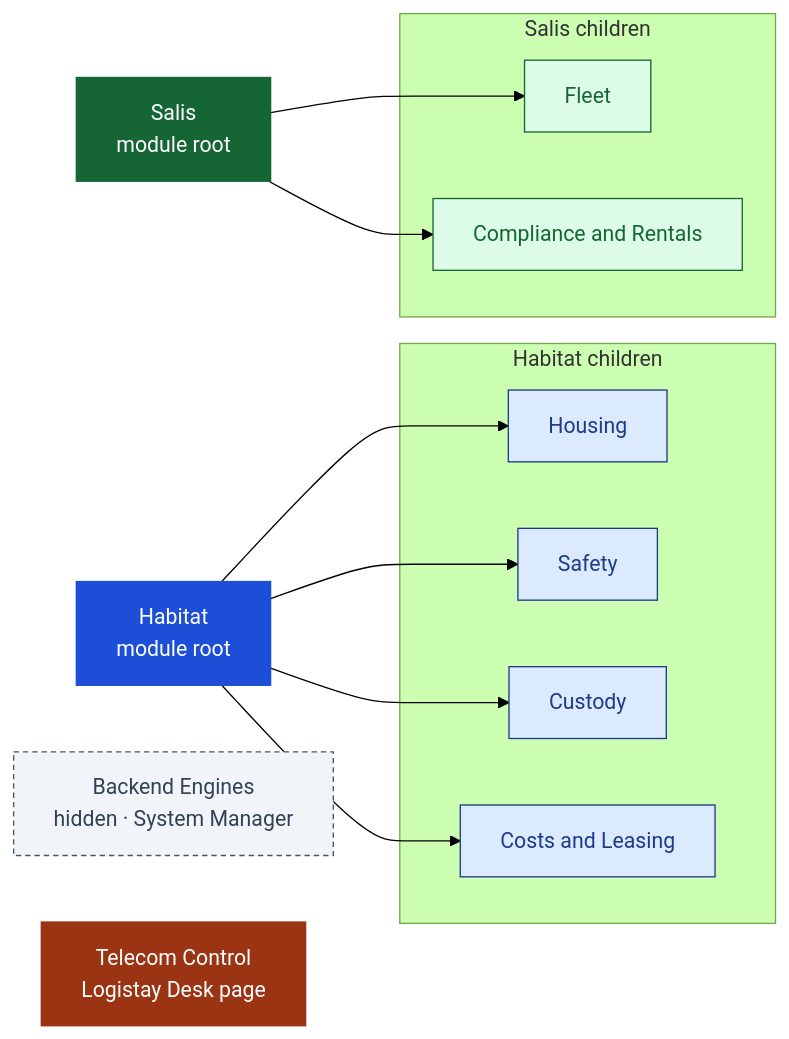
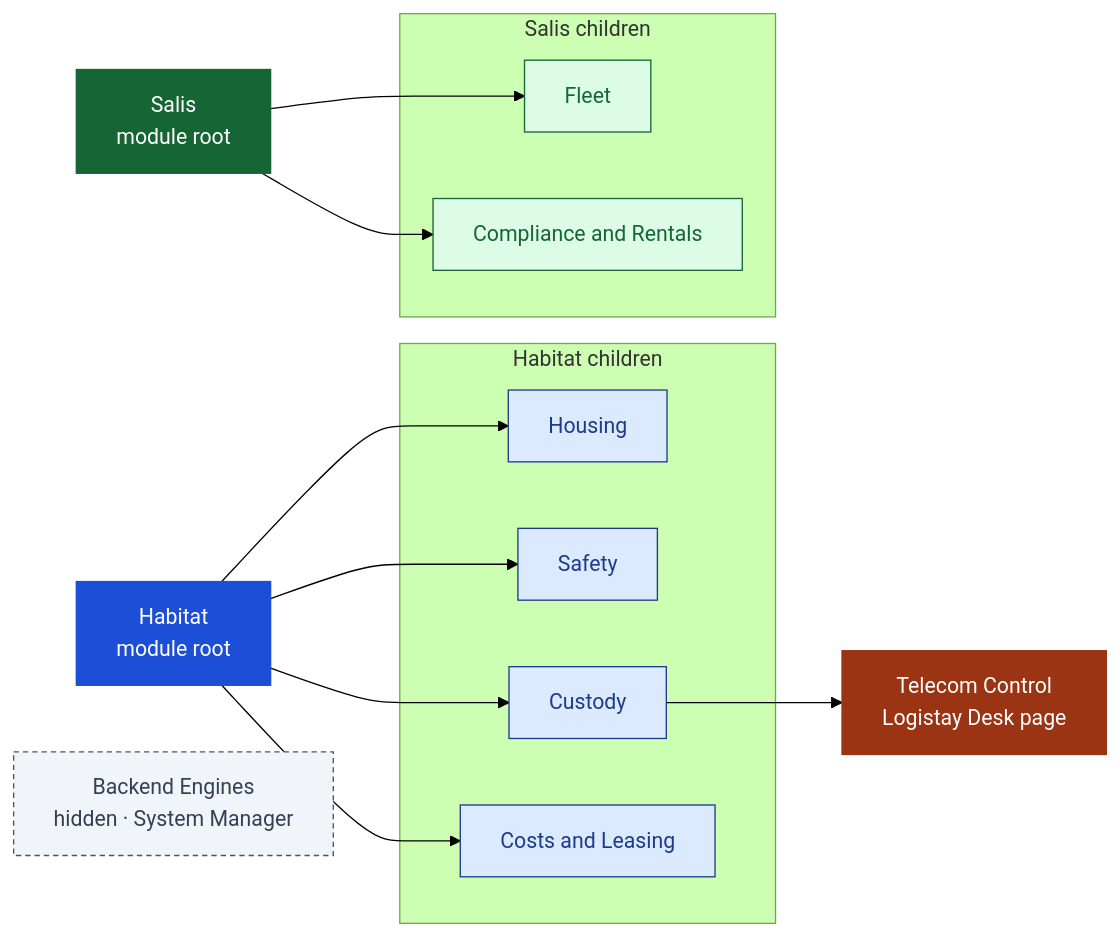
Before and after one commit to iabodysa/apex: the fourth of 5 diagrams in README.md, drawn with Mermaid (forest theme). The commit also changed other lines of this file and 1 other file, not shown here.

````diff
--- a/README.md
+++ b/README.md
@@ -170,35 +170,37 @@
 ```mermaid
 graph LR
     HAB["Habitat<br/>module root"]:::hub_ws
     SALIS["Salis<br/>module root"]:::sal_ws
     BE["Backend Engines<br/>hidden · System Manager"]:::restricted
 
     subgraph HAB_NAV ["Habitat children"]
         HOUSING["Housing"]:::ws
         SAFETY["Safety"]:::ws
         CUSTODY["Custody"]:::ws
         COSTS["Costs and Leasing"]:::ws
     end
 
     subgraph SAL_NAV ["Salis children"]
         FLEET["Fleet"]:::sal_child
         COMP["Compliance and Rentals"]:::sal_child
     end
 
     LOG["Telecom Control<br/>Logistay Desk page"]:::log_ws
 
     HAB --> HOUSING
     HAB --> SAFETY
     HAB --> CUSTODY
     HAB --> COSTS
 
     SALIS --> FLEET
     SALIS --> COMP
 
+    CUSTODY --> LOG
+
     classDef restricted fill:#f1f5f9,stroke:#475569,color:#334155,stroke-dasharray:4 3;
     classDef hub_ws     fill:#1d4ed8,stroke:#1d4ed8,color:#fff;
     classDef ws         fill:#dbeafe,stroke:#1e3a8a,color:#1e3a8a;
     classDef sal_ws     fill:#166534,stroke:#166534,color:#fff;
     classDef sal_child  fill:#dcfce7,stroke:#166534,color:#166534;
     classDef log_ws     fill:#9a3412,stroke:#9a3412,color:#fff;
 ```
````
